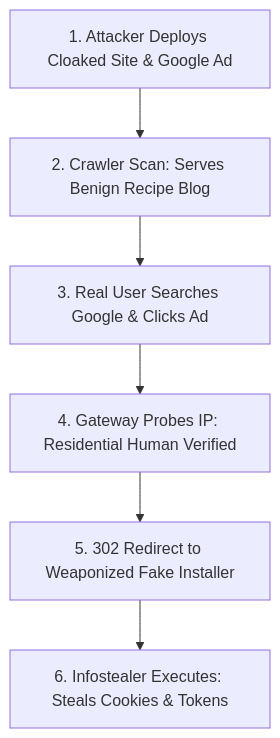
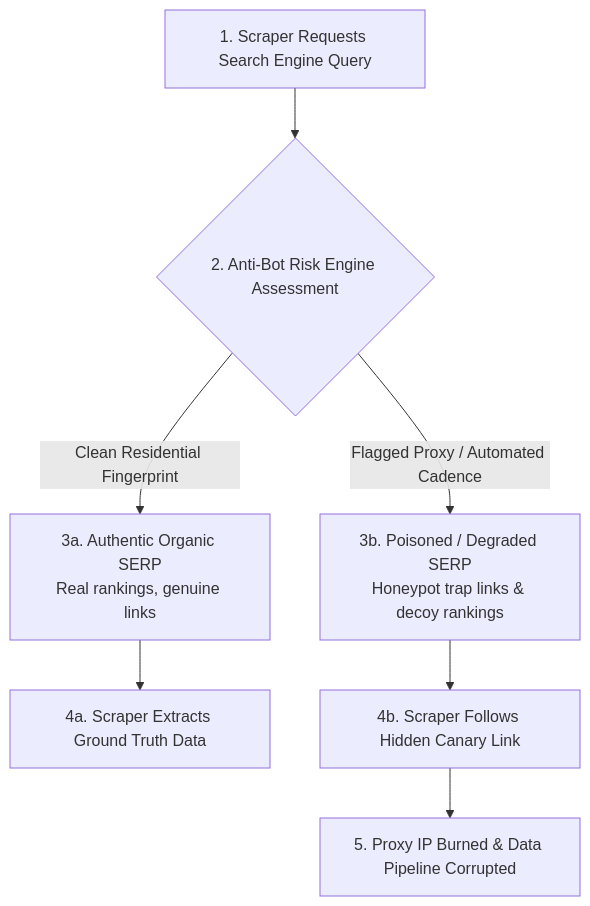
Before and after one commit to naimurhasan/naimurhasan.github.io: the diagram in _posts/2026-11-24-serp-poisoning-how-search-results-are-hijacked.md, drawn with Mermaid. The commit also changed other lines of this file and 1 other file, not shown here.

Commit message:
feat(blog): overhaul SERP poisoning article to focus on scraper defenses and honeypot traps

````diff
--- a/_posts/2026-11-24-serp-poisoning-how-search-results-are-hijacked.md
+++ b/_posts/2026-11-24-serp-poisoning-how-search-results-are-hijacked.md
@@ -25,8 +25,9 @@
 ```mermaid
 flowchart TD
-  A["1. Attacker Deploys Cloaked Site & Google Ad"] --> B["2. Crawler Scan: Serves Benign Recipe Blog"]
-  B --> C["3. Real User Searches Google & Clicks Ad"]
-  C --> D["4. Gateway Probes IP: Residential Human Verified"]
-  D --> E["5. 302 Redirect to Weaponized Fake Installer"]
-  E --> F["6. Infostealer Executes: Steals Cookies & Tokens"]
+  Req["1. Scraper Requests Search Engine Query"] --> Detect{"2. Anti-Bot Risk Engine Assessment"}
+  Detect -- "Clean Residential Fingerprint" --> CleanSERP["3a. Authentic Organic SERP<br/>Real rankings, genuine links"]
+  Detect -- "Flagged Proxy / Automated Cadence" --> PoisonSERP["3b. Poisoned / Degraded SERP<br/>Honeypot trap links & decoy rankings"]
+  CleanSERP --> ValidData["4a. Scraper Extracts Ground Truth Data"]
+  PoisonSERP --> TrapClick["4b. Scraper Follows Hidden Canary Link"]
+  TrapClick --> BurnedIP["5. Proxy IP Burned & Data Pipeline Corrupted"]
 ```
````
